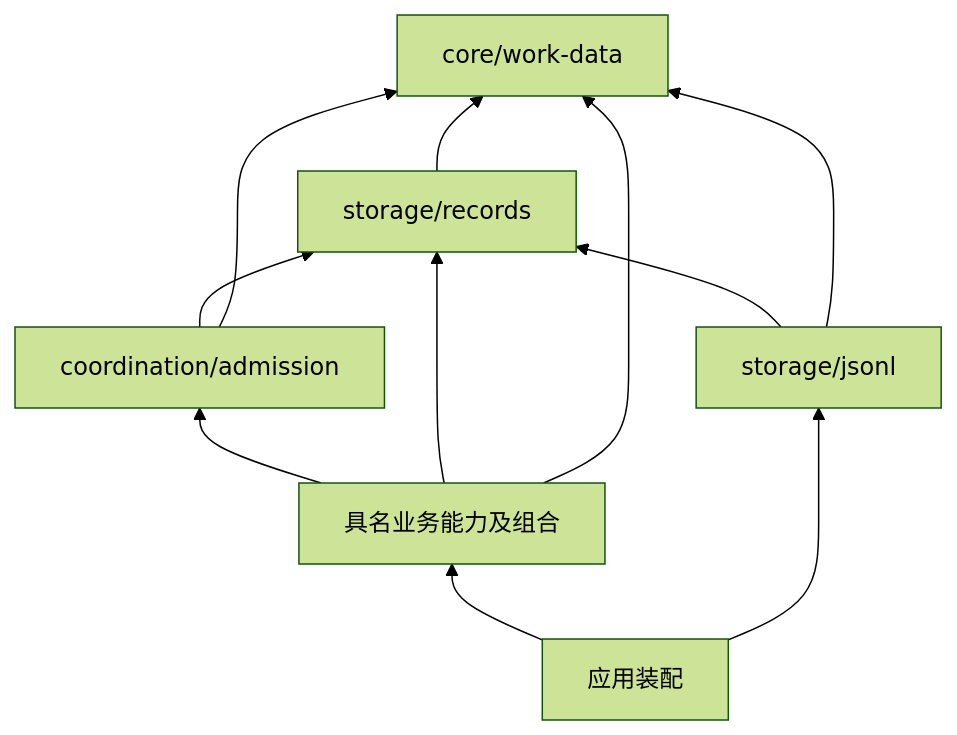
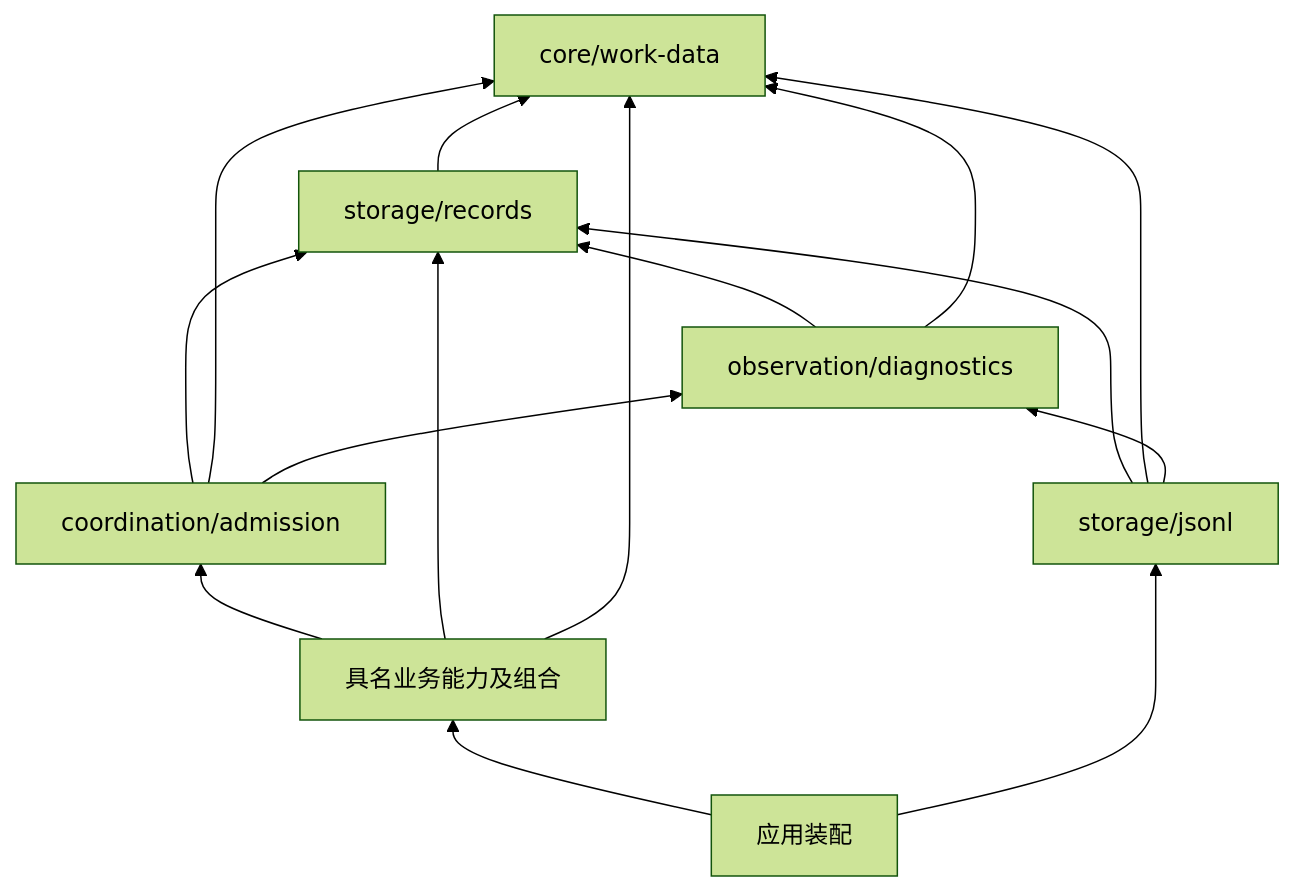
One commit to nemori-ai/omne-harness-lite changed the diagram in docs/proposals/core-capabilities/implementation/shared-interfaces.md. Above: the diagram before and after it, drawn with Mermaid (forest theme). The commit also changed other lines of this file and 18 other files, not shown here.

Commit message:
docs(observation): accept shared diagnostics design and probe evidence

````diff
--- a/docs/proposals/core-capabilities/implementation/shared-interfaces.md
+++ b/docs/proposals/core-capabilities/implementation/shared-interfaces.md
@@ -24,13 +27,17 @@
 ```mermaid
 flowchart BT
   records["storage/records"] --> data["core/work-data"]
   admission["coordination/admission"] --> records
   admission --> data
   jsonl["storage/jsonl"] --> records
   jsonl --> data
+  diagnostics["observation/diagnostics"] --> records
+  diagnostics --> data
+  jsonl --> diagnostics
+  admission --> diagnostics
   owners["具名业务能力及组合"] --> admission
   owners --> records
   owners --> data
   app["应用装配"] --> owners
   app --> jsonl
 ```
````
